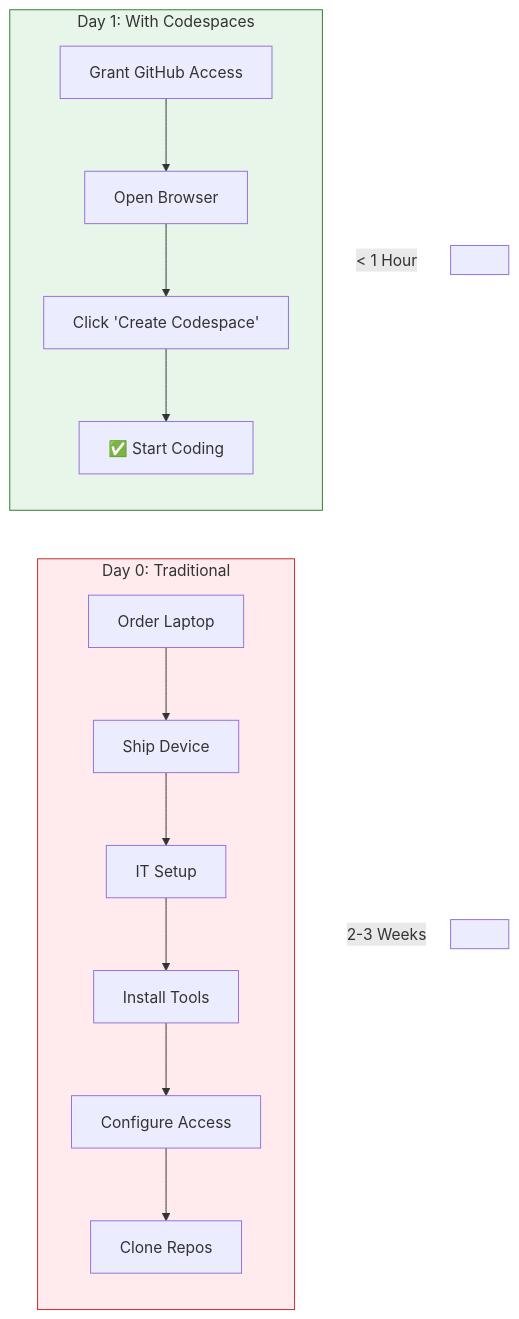
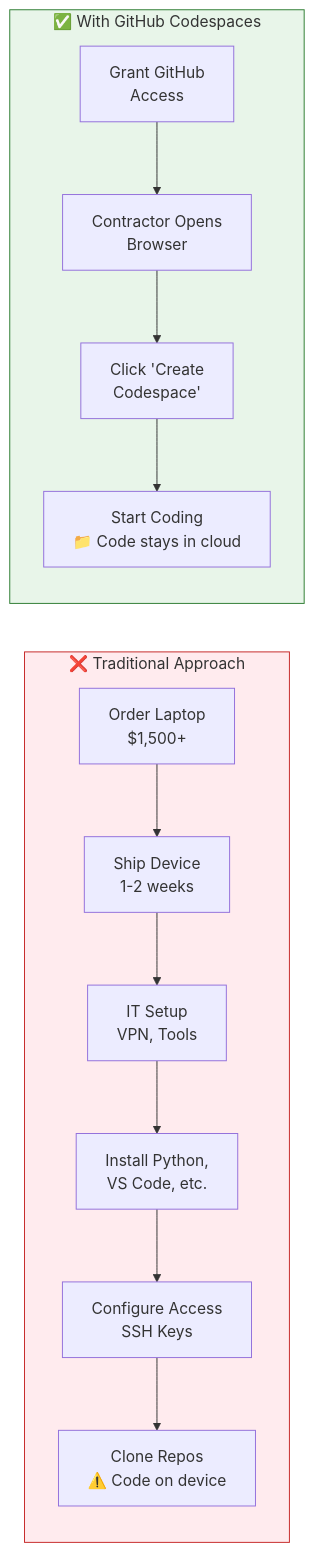
One commit to shariqh/acme-inventory-api changed the second of 11 diagrams in DEMO-DIAGRAMS.md. Above: the diagram before and after it, drawn with Mermaid. The commit also changed other lines of this file, not shown here.

First line of the commit message:
Update diagrams to match talk track precisely

````diff
--- a/DEMO-DIAGRAMS.md
+++ b/DEMO-DIAGRAMS.md
@@ -48,22 +53,19 @@
 ```mermaid
 flowchart LR
-    subgraph day0["Day 0: Traditional"]
-        d0a["Order Laptop"] --> d0b["Ship Device"]
-        d0b --> d0c["IT Setup"]
-        d0c --> d0d["Install Tools"]
-        d0d --> d0e["Configure Access"]
-        d0e --> d0f["Clone Repos"]
+    subgraph day0["❌ Traditional Approach"]
+        d0a["Order Laptop<br/>$1,500+"] --> d0b["Ship Device<br/>1-2 weeks"]
+        d0b --> d0c["IT Setup<br/>VPN, Tools"]
+        d0c --> d0d["Install Python,<br/>VS Code, etc."]
+        d0d --> d0e["Configure Access<br/>SSH Keys"]
+        d0e --> d0f["Clone Repos<br/>⚠️ Code on device"]
     end
 
-    subgraph day1["Day 1: With Codespaces"]
-        d1a["Grant GitHub Access"] --> d1b["Open Browser"]
-        d1b --> d1c["Click 'Create Codespace'"]
-        d1c --> d1d["✅ Start Coding"]
+    subgraph day1["✅ With GitHub Codespaces"]
+        d1a["Grant GitHub<br/>Access"] --> d1b["Contractor Opens<br/>Browser"]
+        d1b --> d1c["Click 'Create<br/>Codespace'"]
+        d1c --> d1d["Start Coding<br/>📁 Code stays in cloud"]
     end
-
-    day0 ~~~|"2-3 Weeks"| placeholder1[" "]
-    day1 ~~~|"< 1 Hour"| placeholder2[" "]
 
     style day0 fill:#ffebee,stroke:#c62828
     style day1 fill:#e8f5e9,stroke:#2e7d32
 ```
````
